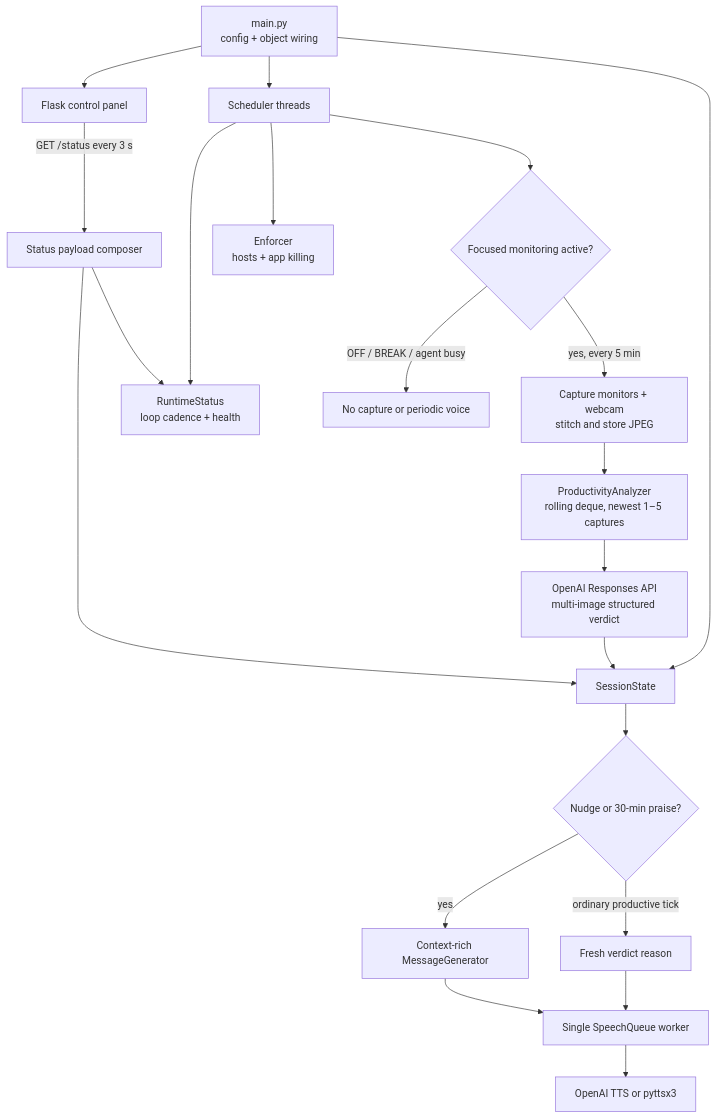
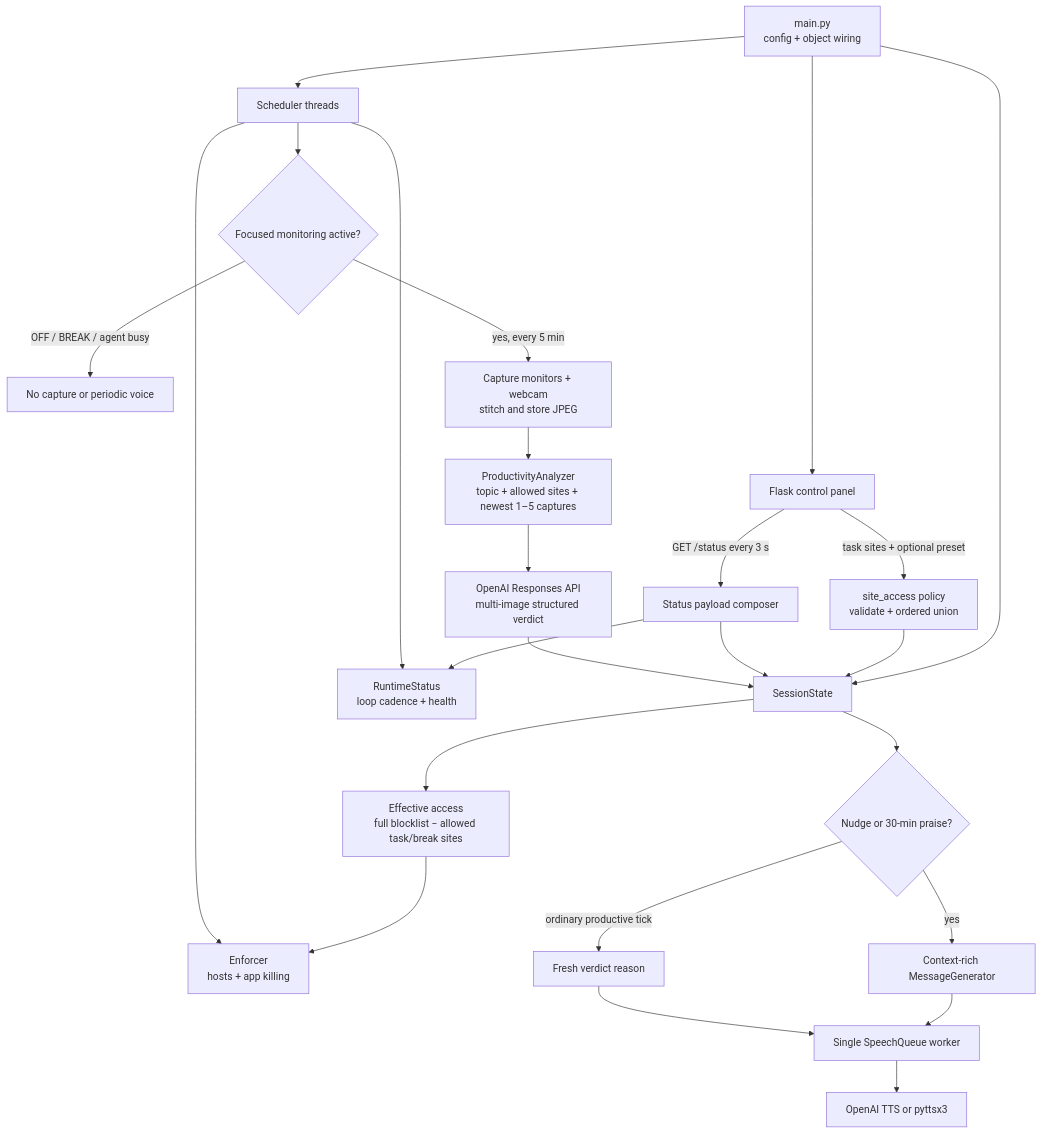
Before and after one commit to BurnyCoder/deep-work-jarvis-waifu-supervisor: the diagram in README.md, drawn with Mermaid. The commit also changed other lines of this file and 2 other files, not shown here.

Commit message:
docs: explain task-scoped website access

````diff
--- a/README.md
+++ b/README.md
@@ -71,23 +76,27 @@
 ```mermaid
 flowchart TD
     Main["main.py<br/>config + object wiring"] --> UI["Flask control panel"]
     Main --> Scheduler["Scheduler threads"]
     Main --> State["SessionState"]
+    UI -- "task sites + optional preset" --> Access["site_access policy<br/>validate + ordered union"]
+    Access --> State
     UI -- "GET /status every 3 s" --> Status["Status payload composer"]
     Status --> State
     Status --> Runtime["RuntimeStatus<br/>loop cadence + health"]
     Scheduler --> Runtime
-    Scheduler --> Enforcer["Enforcer<br/>hosts + app killing"]
+    State --> Effective["Effective access<br/>full blocklist − allowed task/break sites"]
+    Effective --> Enforcer["Enforcer<br/>hosts + app killing"]
+    Scheduler --> Enforcer
     Scheduler --> Gate{"Focused monitoring active?"}
     Gate -- "OFF / BREAK / agent busy" --> Quiet["No capture or periodic voice"]
     Gate -- "yes, every 5 min" --> Capture["Capture monitors + webcam<br/>stitch and store JPEG"]
-    Capture --> Window["ProductivityAnalyzer<br/>rolling deque, newest 1–5 captures"]
+    Capture --> Window["ProductivityAnalyzer<br/>topic + allowed sites + newest 1–5 captures"]
     Window --> Vision["OpenAI Responses API<br/>multi-image structured verdict"]
     Vision --> State
     State --> Outcome{"Nudge or 30-min praise?"}
     Outcome -- "yes" --> Message["Context-rich MessageGenerator"]
     Outcome -- "ordinary productive tick" --> Reason["Fresh verdict reason"]
     Message --> Speech["Single SpeechQueue worker"]
     Reason --> Speech
     Speech --> TTS["OpenAI TTS or pyttsx3"]
 ```
````
